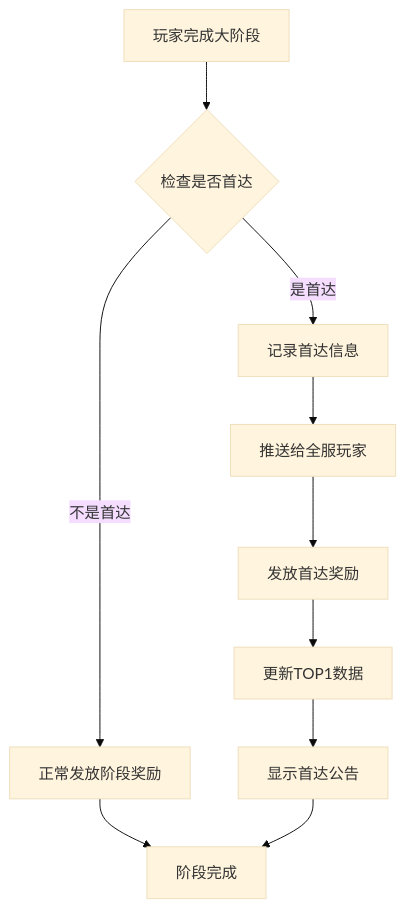
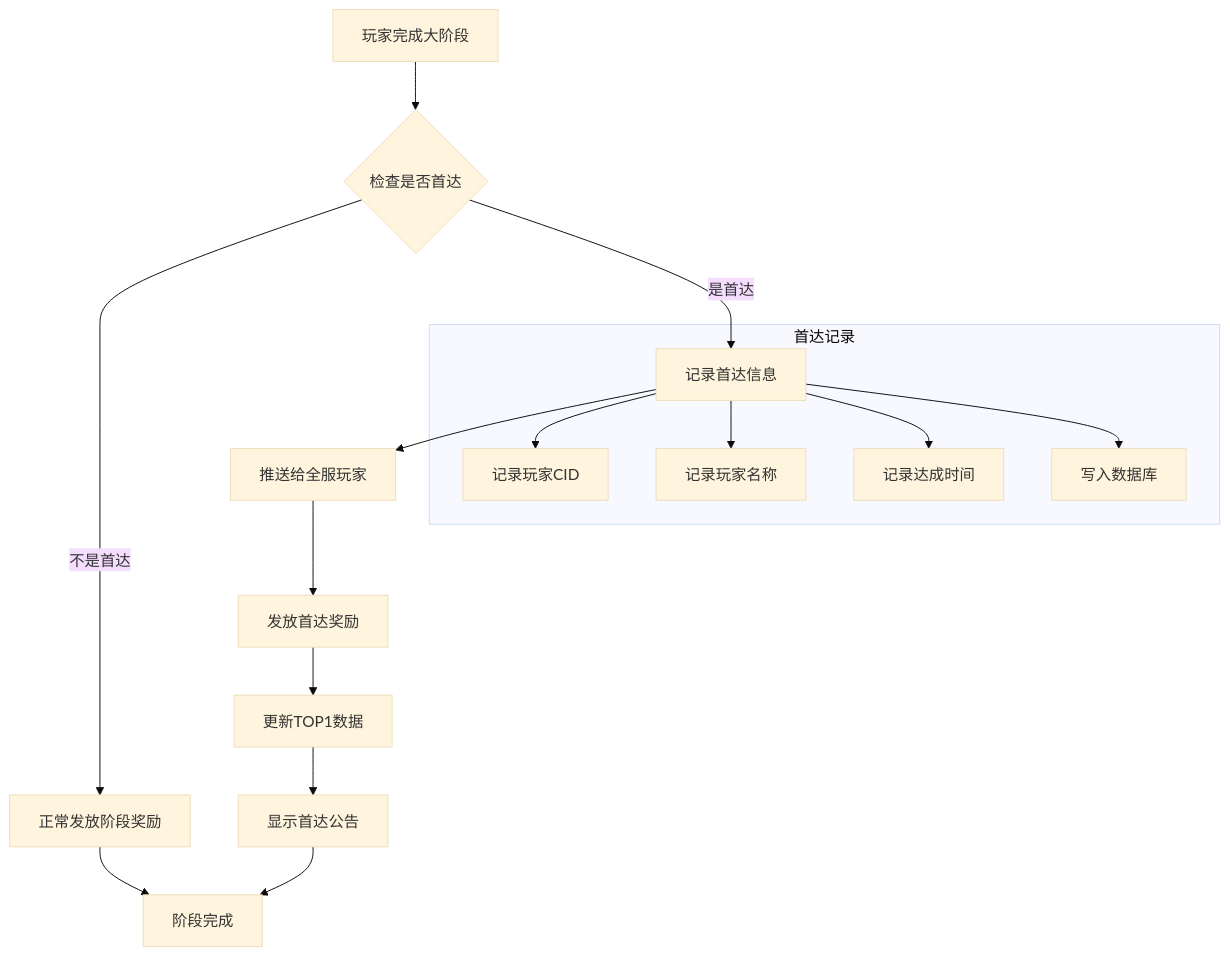
Before and after one commit to Alan-Ben/k2c_game_framework: the fourth of 6 diagrams in docs/Module_StageGoal/05_完整说明.md, drawn with Mermaid (base theme). The commit also changed other lines of this file and 32 other files, not shown here.

````diff
--- a/docs/Module_StageGoal/05_完整说明.md
+++ b/docs/Module_StageGoal/05_完整说明.md
@@ -134,12 +185,19 @@
 ```mermaid
 flowchart TD
     A[玩家完成大阶段] --> B{检查是否首达}
     B -->|不是首达| C[正常发放阶段奖励]
     B -->|是首达| D[记录首达信息]
     D --> E[推送给全服玩家]
     E --> F[发放首达奖励]
     F --> G[更新TOP1数据]
     G --> H[显示首达公告]
     C --> I[阶段完成]
     H --> I
+
+    subgraph 首达记录
+        D --> D1[记录玩家CID]
+        D --> D2[记录玩家名称]
+        D --> D3[记录达成时间]
+        D --> D4[写入数据库]
+    end
 ```
````
